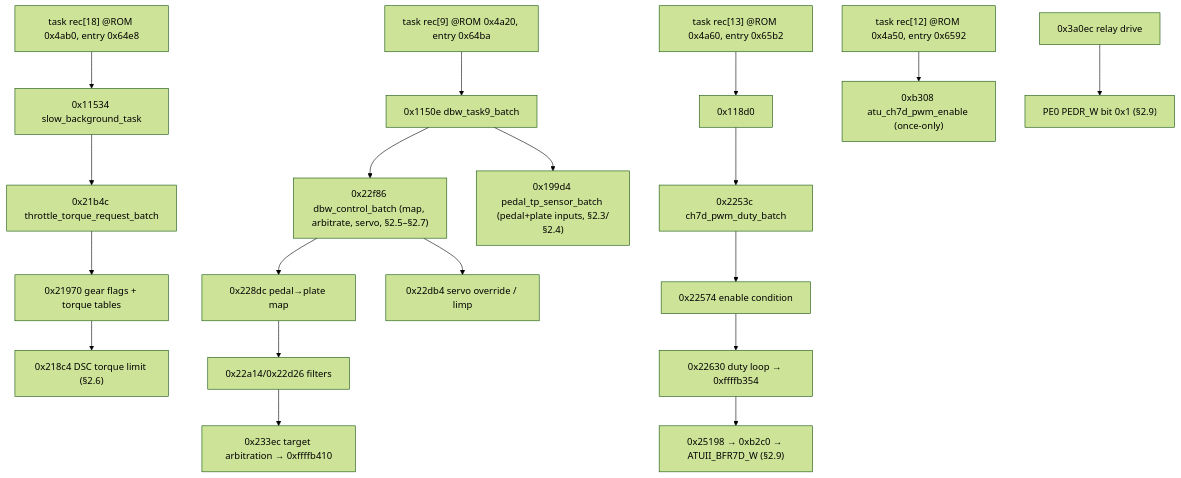
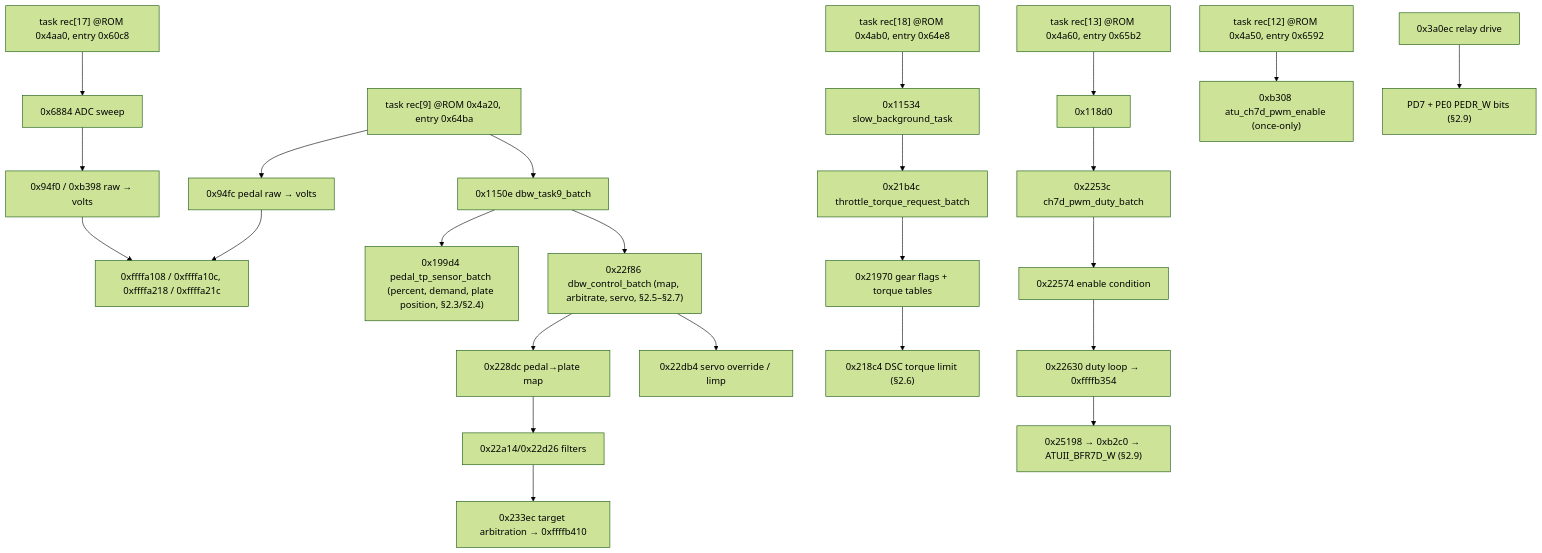
Before and after one commit to sirhamsteralot/HEE-Rx8-Reverse-Engineering: the diagram in docs/subsystem-logic/throttle_dbw_control_report.md, drawn with Mermaid (forest theme). The commit also changed other lines of this file and 23 other files, not shown here.

````diff
--- a/docs/subsystem-logic/throttle_dbw_control_report.md
+++ b/docs/subsystem-logic/throttle_dbw_control_report.md
@@ -100,14 +106,18 @@
 ```mermaid
 flowchart TD
-    T9["task rec[9] @ROM 0x4a20, entry 0x64ba"] --> B1["0x1150e dbw_task9_batch"]
+    T17["task rec[17] @ROM 0x4aa0, entry 0x60c8"] --> SW["0x6884 ADC sweep"] --> CV["0x94f0 / 0xb398 raw → volts"]
+    T9["task rec[9] @ROM 0x4a20, entry 0x64ba"] --> PE["0x94fc pedal raw → volts"]
+    T9 --> B1["0x1150e dbw_task9_batch"]
     T18["task rec[18] @ROM 0x4ab0, entry 0x64e8"] --> SB["0x11534 slow_background_task"] --> B3["0x21b4c throttle_torque_request_batch"]
     T13["task rec[13] @ROM 0x4a60, entry 0x65b2"] --> DTC["0x118d0"] --> B2["0x2253c ch7d_pwm_duty_batch"]
     T12["task rec[12] @ROM 0x4a50, entry 0x6592"] --> EN["0xb308 atu_ch7d_pwm_enable (once-only)"]
-    B1 --> S["0x199d4 pedal_tp_sensor_batch (pedal+plate inputs, §2.3/§2.4)"]
+    CV --> A108["0xffffa108 / 0xffffa10c, 0xffffa218 / 0xffffa21c"]
+    PE --> A108
+    B1 --> S["0x199d4 pedal_tp_sensor_batch (percent, demand, plate position, §2.3/§2.4)"]
     B1 --> C["0x22f86 dbw_control_batch (map, arbitrate, servo, §2.5–§2.7)"]
     B3 --> G["0x21970 gear flags + torque tables"] --> DSC["0x218c4 DSC torque limit (§2.6)"]
     C --> M["0x228dc pedal→plate map"] --> F["0x22a14/0x22d26 filters"] --> A["0x233ec target arbitration → 0xffffb410"]
     C --> SV["0x22db4 servo override / limp"]
     B2 --> E["0x22574 enable condition"] --> L["0x22630 duty loop → 0xffffb354"] --> W["0x25198 → 0xb2c0 → ATUII_BFR7D_W (§2.9)"]
-    R["0x3a0ec relay drive"] --> PE0["PE0 PEDR_W bit 0x1 (§2.9)"]
+    R["0x3a0ec relay drive"] --> PE0["PD7 + PE0 PEDR_W bits (§2.9)"]
 ```
````
